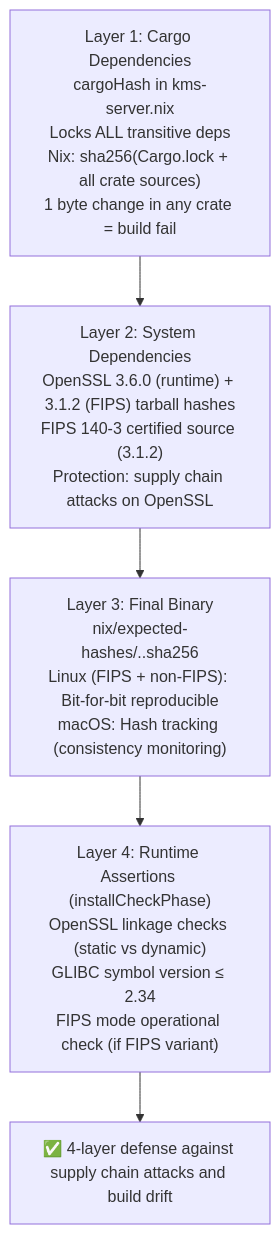
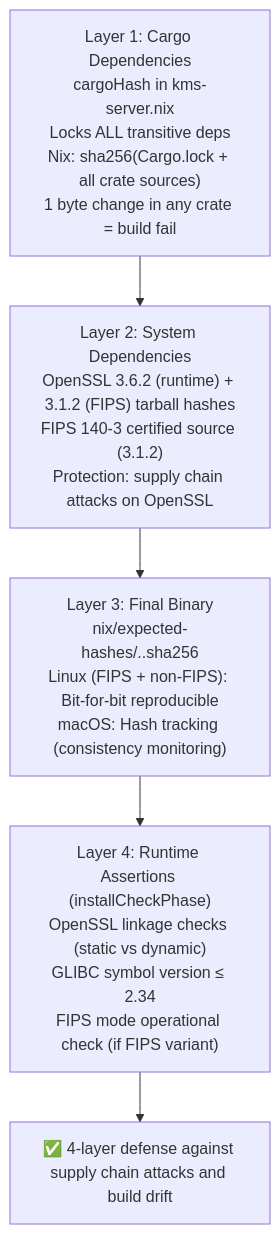
The fourth of 10 diagrams in nix/README.md (Cosmian/kms), drawn with Mermaid before and after one commit. The commit also changed other lines of this file and 52 other files, not shown here.

````diff
--- a/nix/README.md
+++ b/nix/README.md
@@ -342,9 +342,9 @@
 ```mermaid
 flowchart TB
     l1["Layer 1: Cargo Dependencies<br/>cargoHash in kms-server.nix<br/>Locks ALL transitive deps<br/>Nix: sha256(Cargo.lock + all crate sources)<br/>1 byte change in any crate = build fail"]
-    l2["Layer 2: System Dependencies<br/>OpenSSL 3.6.0 (runtime) + 3.1.2 (FIPS) tarball hashes<br/>FIPS 140-3 certified source (3.1.2)<br/>Protection: supply chain attacks on OpenSSL"]
+    l2["Layer 2: System Dependencies<br/>OpenSSL 3.6.2 (runtime) + 3.1.2 (FIPS) tarball hashes<br/>FIPS 140-3 certified source (3.1.2)<br/>Protection: supply chain attacks on OpenSSL"]
     l3["Layer 3: Final Binary<br/>nix/expected-hashes/<variant>.<platform>.sha256<br/>Linux (FIPS + non-FIPS): Bit-for-bit reproducible<br/>macOS: Hash tracking (consistency monitoring)"]
     l4["Layer 4: Runtime Assertions (installCheckPhase)<br/>OpenSSL linkage checks (static vs dynamic)<br/>GLIBC symbol version ≤ 2.34<br/>FIPS mode operational check (if FIPS variant)"]
     result["✅ 4-layer defense against supply chain attacks and build drift"]
     l1 --> l2 --> l3 --> l4 --> result
 ```
````
